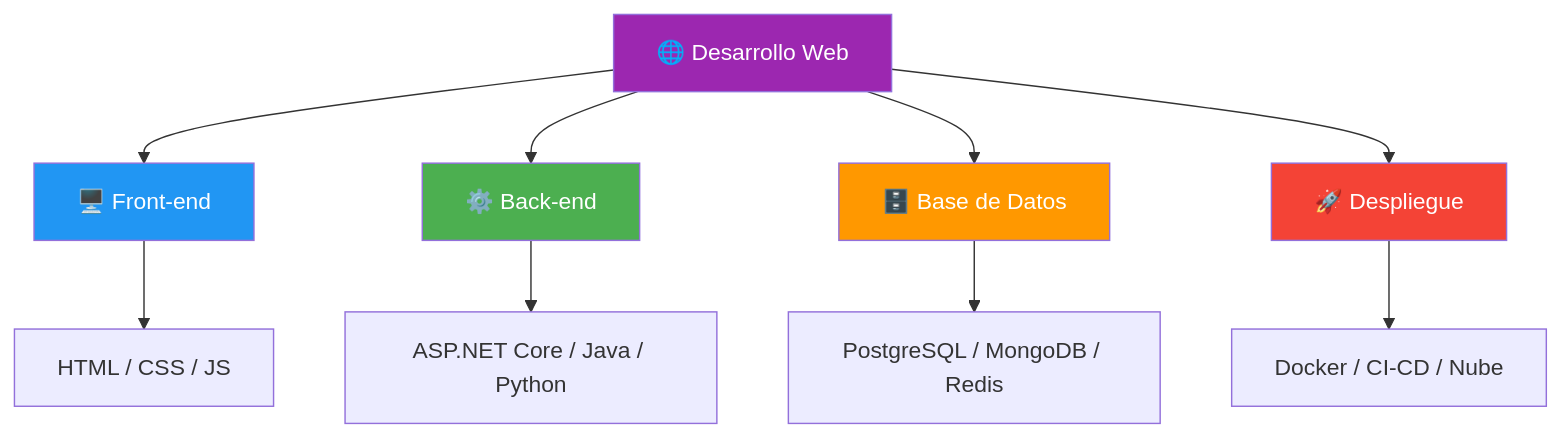
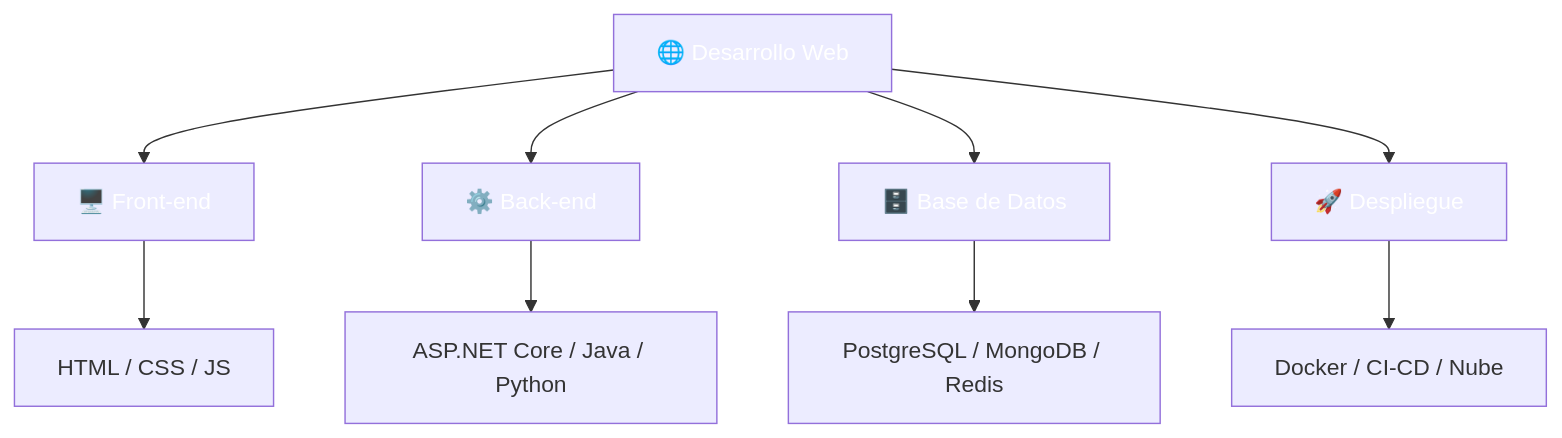
The first of 4 diagrams in 01-introduccion-web.md (joseluisgs/DesarrolloWebEntornosServidor-01-2026-2027), drawn with Mermaid before and after one commit. The commit also changed other lines of this file and 66 other files, not shown here.

First line of the commit message:
fix: normalizar titulos al castellano de frase y corregir la paleta de mermaid

````diff
--- a/01-introduccion-web.md
+++ b/01-introduccion-web.md
@@ -28,18 +28,18 @@
 ```mermaid
 graph TD
     A["🌐 Desarrollo Web"] --> B["🖥️ Front-end"]
     A --> C["⚙️ Back-end"]
     A --> D["🗄️ Base de Datos"]
     A --> E["🚀 Despliegue"]
 
     B --> B1["HTML / CSS / JS"]
     C --> C1["ASP.NET Core / Java / Python"]
     D --> D1["PostgreSQL / MongoDB / Redis"]
     E --> E1["Docker / CI-CD / Nube"]
 
-    style A fill:#9C27B0,color:#fff
-    style B fill:#2196F3,color:#fff
-    style C fill:#4CAF50,color:#fff
-    style D fill:#FF9800,color:#fff
-    style E fill:#f44336,color:#fff
+    style A fill:#9C27B,color:#fff0,color:#fff
+    style B fill:#2196F,color:#fff3,color:#fff
+    style C fill:#4CAF5,color:#fff0,color:#fff
+    style D fill:#FF980,color:#fff0,color:#fff
+    style E fill:#f4433,color:#fff6,color:#fff
 ```
````
